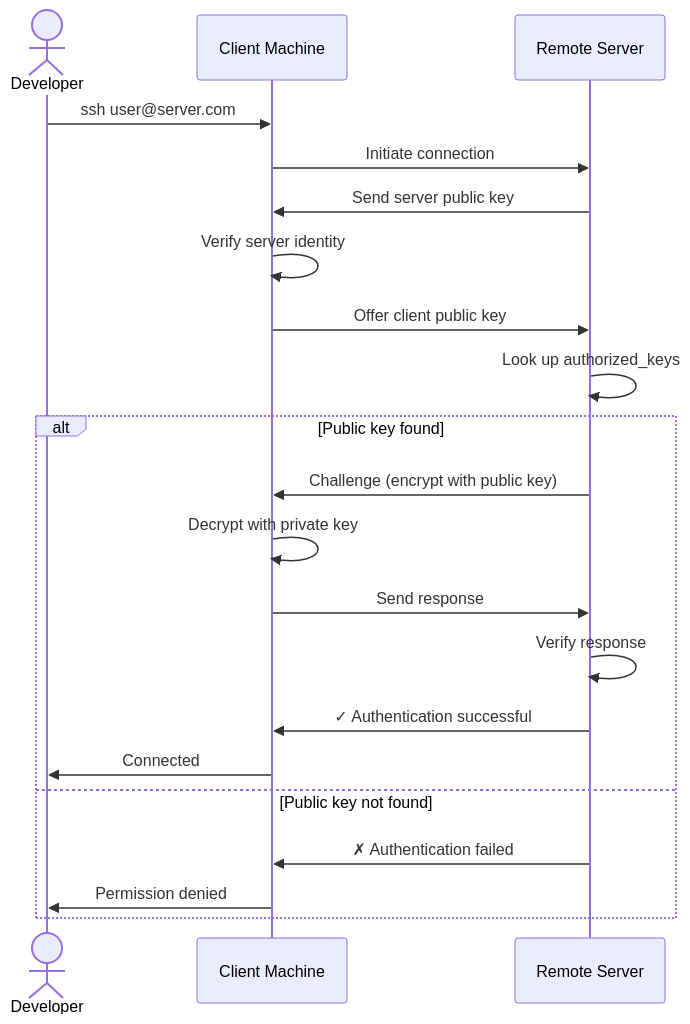
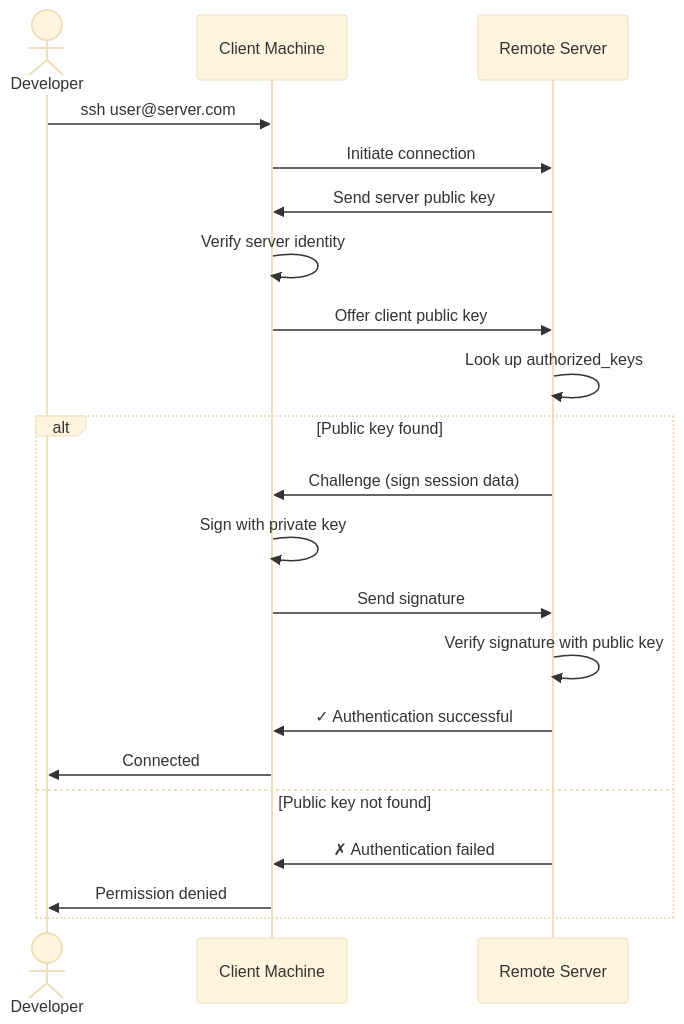
Before and after one commit to mjfrigaard/do4ds-labs: the second of 2 diagrams in lab08.qmd, drawn with Mermaid. The commit also changed other lines of this file and 510 other files, not shown here.

````diff
--- a/lab08.qmd
+++ b/lab08.qmd
@@ -70,29 +70,29 @@
 ```{mermaid}
 %%| fig-cap: 'SSH Key Authentication Sequence'
 %%| fig-width: 8.0
 %%| fig-align: 'center'
-%%{init: {'theme': 'base', 'themeVariables': {'fontFamily': 'monospace'}}}}%%
+%%{init: {'theme': 'base', 'themeVariables': {'fontFamily': 'monospace'}}}%%
 
 sequenceDiagram
     actor User as Developer
     participant Client as Client Machine
     participant Server as Remote Server
 
     User->>Client: ssh user@server.com
     Client->>Server: Initiate connection
     Server->>Client: Send server public key
     Client->>Client: Verify server identity
     Client->>Server: Offer client public key
     Server->>Server: Look up authorized_keys
     alt Public key found
-        Server->>Client: Challenge (encrypt with public key)
-        Client->>Client: Decrypt with private key
-        Client->>Server: Send response
-        Server->>Server: Verify response
+        Server->>Client: Challenge (sign session data)
+        Client->>Client: Sign with private key
+        Client->>Server: Send signature
+        Server->>Server: Verify signature with public key
         Server->>Client: ✓ Authentication successful
         Client->>User: Connected
     else Public key not found
         Server->>Client: ✗ Authentication failed
         Client->>User: Permission denied
     end
 ```
````
